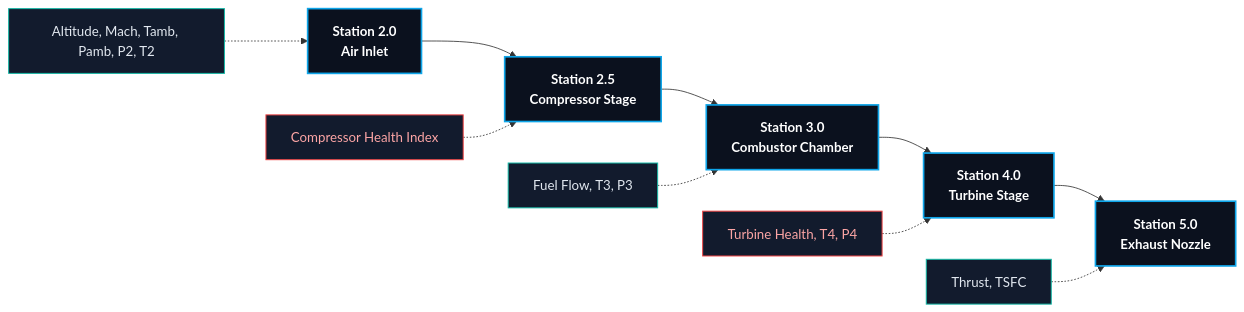
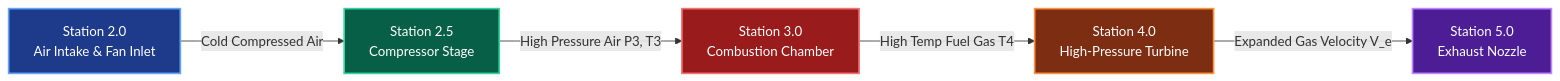
Before and after one commit to Manasvi-Gangrade/FALCON-Digital-Twin: the second of 2 diagrams in README.md, drawn with Mermaid. The commit also changed other lines of this file and 3 other files, not shown here.

````diff
--- a/README.md
+++ b/README.md
@@ -77,29 +94,20 @@
 ```mermaid
 flowchart LR
-    %% Style Definitions
-    classDef station fill:#0b111e,stroke:#0ea5e9,stroke-width:2px,color:#ffffff,font-weight:bold;
-    classDef telemetry fill:#121b2d,stroke:#14b8a6,stroke-width:1.2px,color:#e2e8f0;
-    classDef health fill:#121b2d,stroke:#ef4444,stroke-width:1.2px,color:#fca5a5;
+    %% Styling Classes
+    classDef st1 fill:#1e3a8a,stroke:#60a5fa,stroke-width:2px,color:#ffffff;
+    classDef st2 fill:#065f46,stroke:#34d399,stroke-width:2px,color:#ffffff;
+    classDef st3 fill:#991b1b,stroke:#f87171,stroke-width:2px,color:#ffffff;
+    classDef st4 fill:#7c2d12,stroke:#fb923c,stroke-width:2px,color:#ffffff;
+    classDef st5 fill:#4c1d95,stroke:#c084fc,stroke-width:2px,color:#ffffff;
 
-    %% Flow Path
-    S1[Station 2.0 <br> Air Inlet]:::station
-    S2[Station 2.5 <br> Compressor Stage]:::station
-    S3[Station 3.0 <br> Combustor Chamber]:::station
-    S4[Station 4.0 <br> Turbine Stage]:::station
-    S5[Station 5.0 <br> Exhaust Nozzle]:::station
+    ST1["Station 2.0<br>Air Intake & Fan Inlet"]:::st1
+    ST2["Station 2.5<br>Compressor Stage"]:::st2
+    ST3["Station 3.0<br>Combustion Chamber"]:::st3
+    ST4["Station 4.0<br>High-Pressure Turbine"]:::st4
+    ST5["Station 5.0<br>Exhaust Nozzle"]:::st5
 
-    S1 --> S2 --> S3 --> S4 --> S5
-
-    %% Parameter mappings
-    P1["Altitude, Mach, Tamb, Pamb, P2, T2"]:::telemetry
-    P2["Compressor Health Index"]:::health
-    P3["Fuel Flow, T3, P3"]:::telemetry
-    P4["Turbine Health, T4, P4"]:::health
-    P5["Thrust, TSFC"]:::telemetry
-
-    P1 -.-> S1
-    P2 -.-> S2
-    P3 -.-> S3
-    P4 -.-> S4
-    P5 -.-> S5
+    ST1 -->|Cold Compressed Air| ST2
+    ST2 -->|High Pressure Air P3, T3| ST3
+    ST3 -->|High Temp Fuel Gas T4| ST4
+    ST4 -->|Expanded Gas Velocity V_e| ST5
 ```
````
